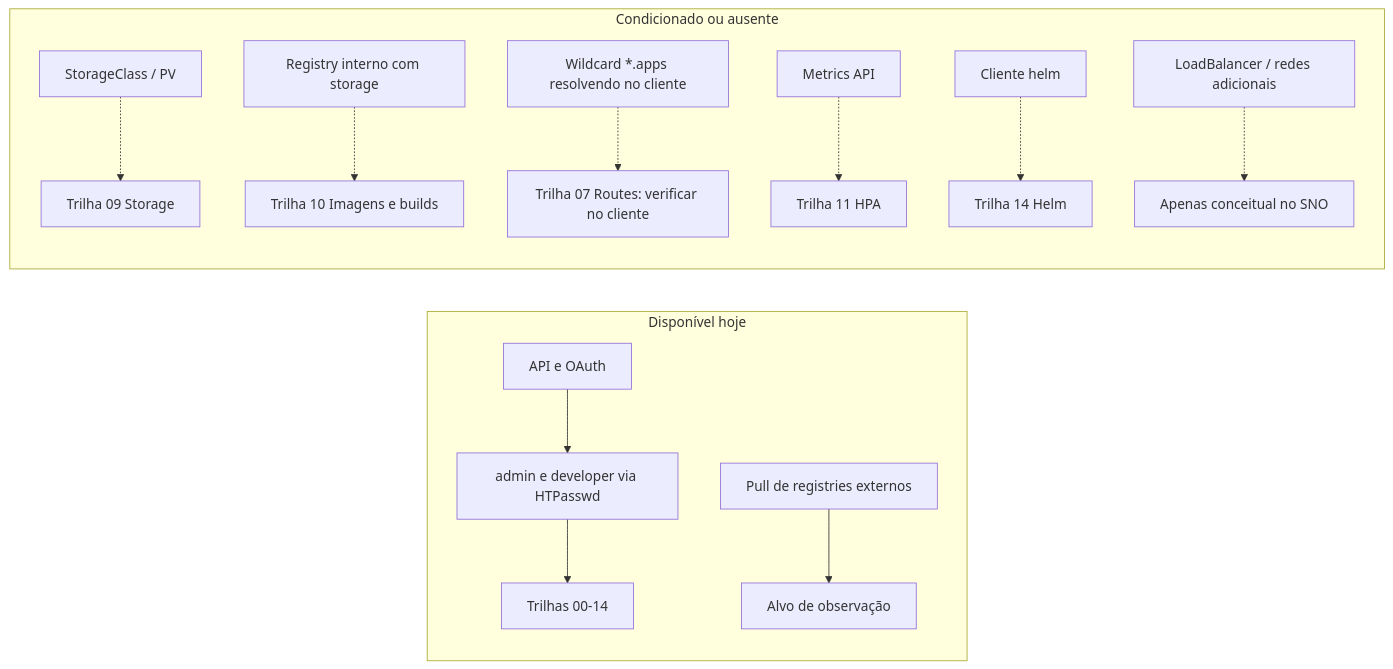
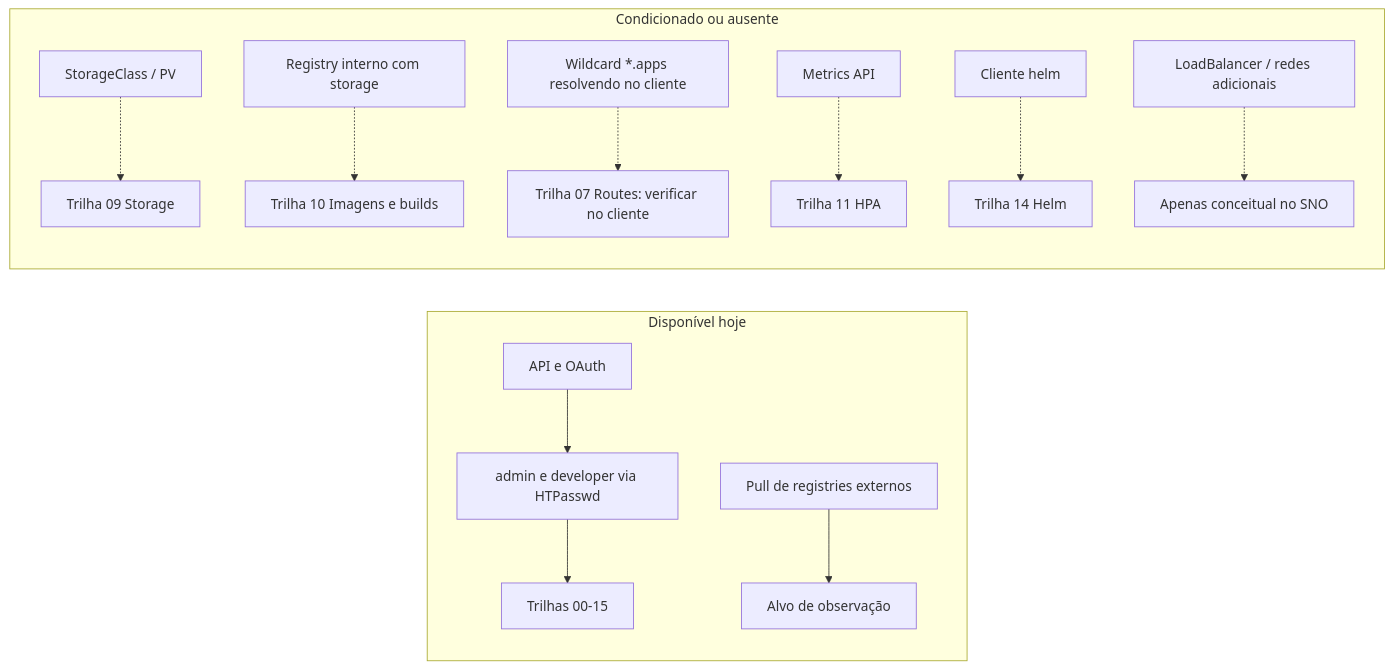
One commit to eduardoandradej/academia-comandos-openshift changed the diagram in catalogo/matriz-competencias.md. Above: the diagram before and after it, drawn with Mermaid. The commit also changed other lines of this file and 51 other files, not shown here.

````diff
--- a/catalogo/matriz-competencias.md
+++ b/catalogo/matriz-competencias.md
@@ -53,16 +53,16 @@
 ```mermaid
 flowchart LR
   subgraph disponivel[Disponível hoje]
     API[API e OAuth] --> ID[admin e developer via HTPasswd]
-    ID --> T00[Trilhas 00-14]
+    ID --> T00[Trilhas 00-15]
     IMG[Pull de registries externos] --> T02[Alvo de observação]
   end
   subgraph condicionado[Condicionado ou ausente]
     SC[StorageClass / PV] -.-> T09[Trilha 09 Storage]
     REG[Registry interno com storage] -.-> T10[Trilha 10 Imagens e builds]
     DNS[Wildcard *.apps resolvendo no cliente] -.-> T07[Trilha 07 Routes: verificar no cliente]
     MET[Metrics API] -.-> T11[Trilha 11 HPA]
     HELM[Cliente helm] -.-> T14[Trilha 14 Helm]
     LB[LoadBalancer / redes adicionais] -.-> X[Apenas conceitual no SNO]
   end
 ```
````
